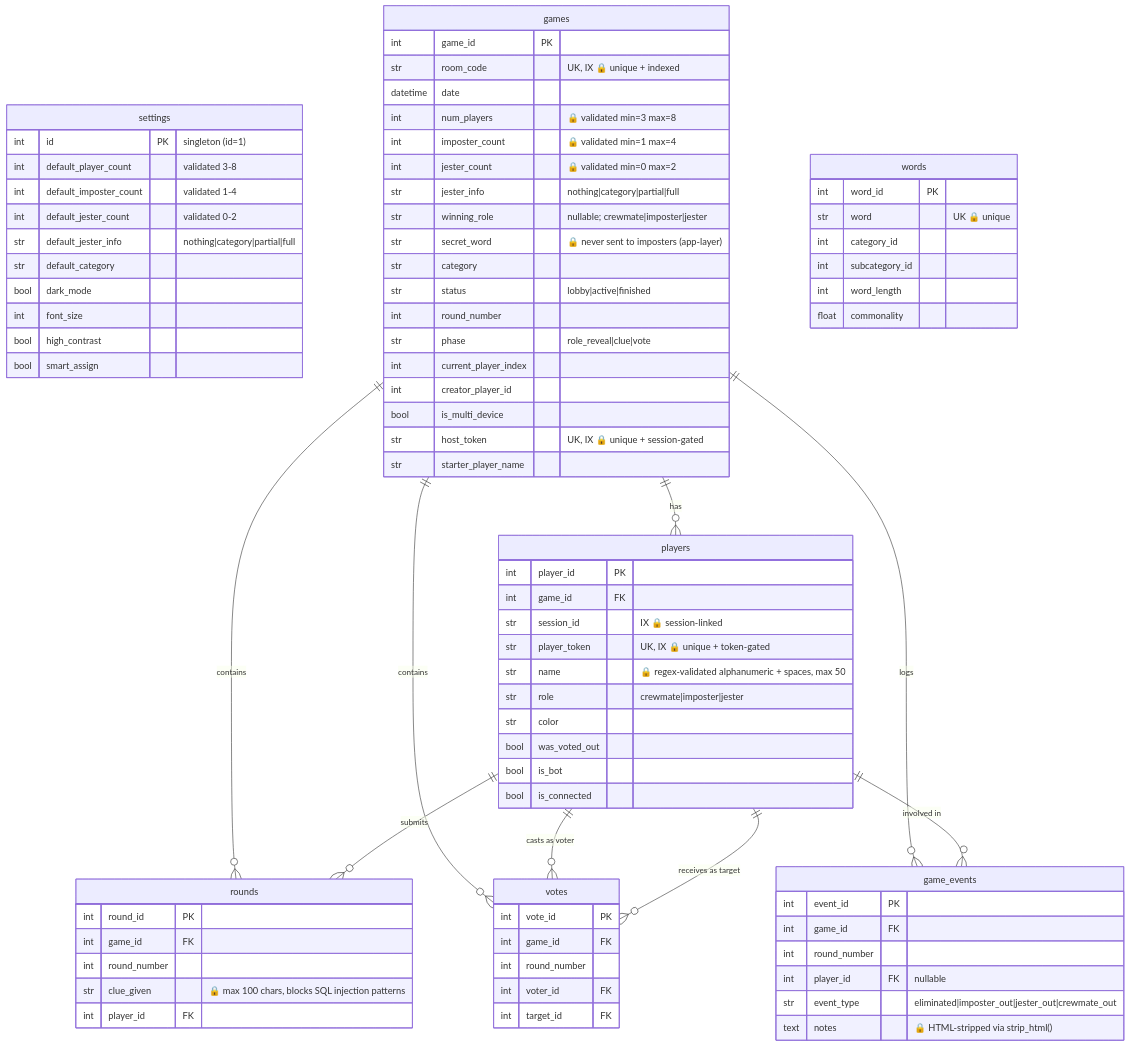
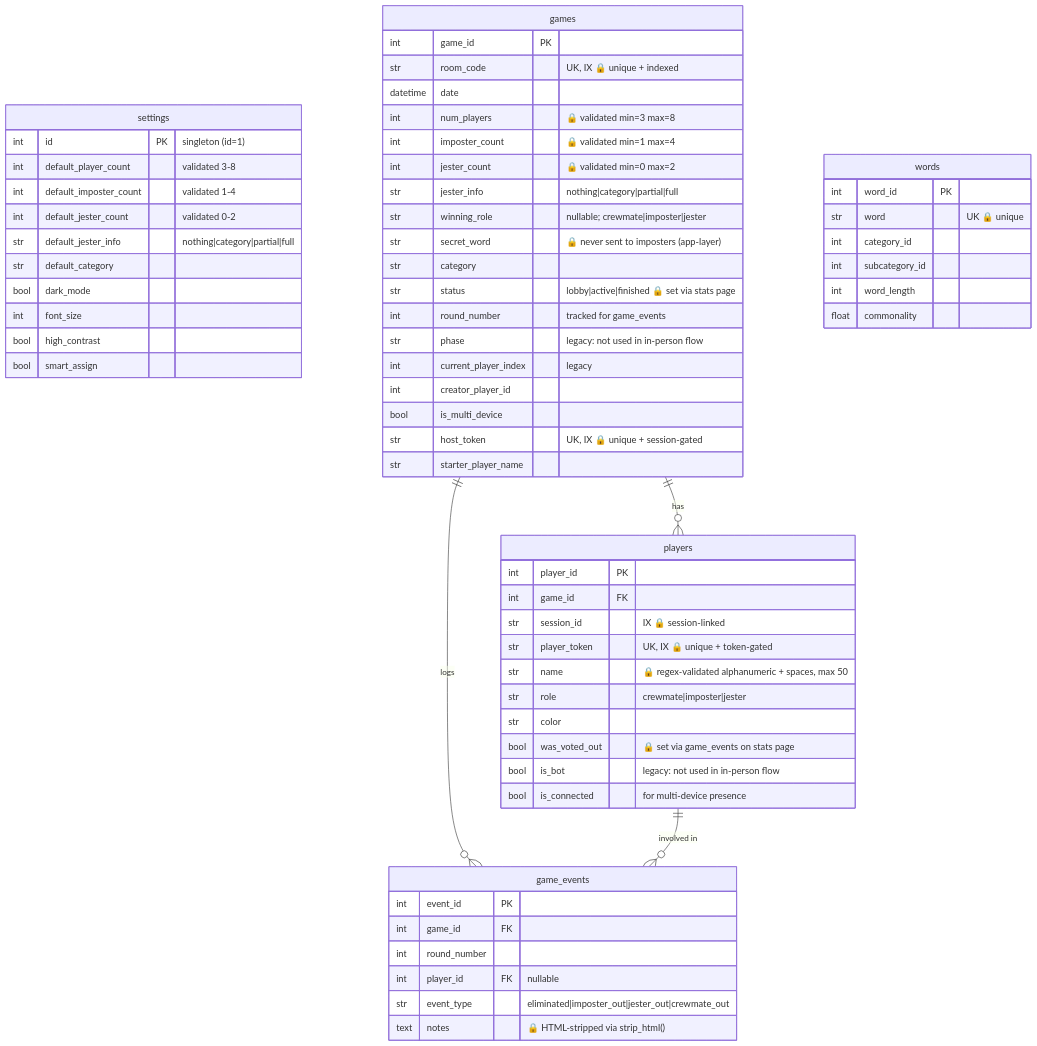
Before and after one commit to HILO-82/Imposter-Game: the diagram in docs/database_schema.md, drawn with Mermaid. The commit also changed other lines of this file, not shown here.

Commit message:
Remove unused rounds/votes tables, mark legacy columns

````diff
--- a/docs/database_schema.md
+++ b/docs/database_schema.md
@@ -28,10 +28,10 @@
         str winning_role    "nullable; crewmate|imposter|jester"
         str secret_word     "🔒 never sent to imposters (app-layer)"
         str category
-        str status          "lobby|active|finished"
-        int round_number
-        str phase           "role_reveal|clue|vote"
-        int current_player_index
+        str status          "lobby|active|finished  🔒 set via stats page"
+        int round_number    "tracked for game_events"
+        str phase           "legacy: not used in in-person flow"
+        int current_player_index "legacy"
         int creator_player_id
         bool is_multi_device
         str host_token      "UK, IX  🔒 unique + session-gated"
@@ -46,25 +46,9 @@
         str name            "🔒 regex-validated alphanumeric + spaces, max 50"
         str role            "crewmate|imposter|jester"
         str color
-        bool was_voted_out
-        bool is_bot
-        bool is_connected
-    }
-
-    rounds {
-        int round_id PK
-        int game_id FK
-        int round_number
-        str clue_given      "🔒 max 100 chars, blocks SQL injection patterns"
-        int player_id FK
-    }
-
-    votes {
-        int vote_id PK
-        int game_id FK
-        int round_number
-        int voter_id FK
-        int target_id FK
+        bool was_voted_out  "🔒 set via game_events on stats page"
+        bool is_bot         "legacy: not used in in-person flow"
+        bool is_connected   "for multi-device presence"
     }
 
     game_events {
@@ -86,11 +70,6 @@
     }
 
     games ||--o{ players : "has"
-    games ||--o{ rounds : "contains"
-    games ||--o{ votes : "contains"
     games ||--o{ game_events : "logs"
-    players ||--o{ rounds : "submits"
-    players ||--o{ votes : "casts as voter"
-    players ||--o{ votes : "receives as target"
     players ||--o{ game_events : "involved in"
 ```
````
